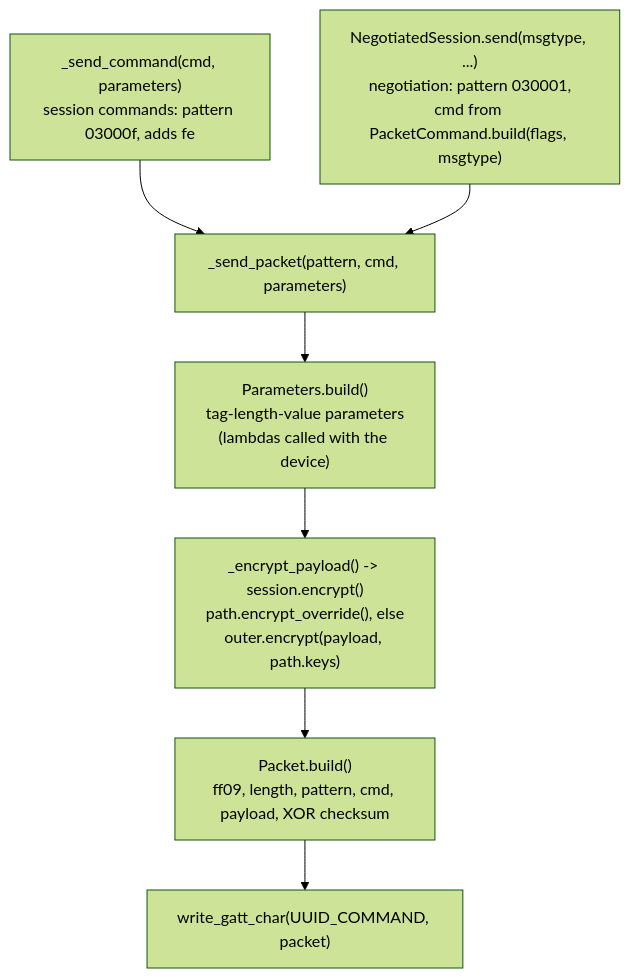
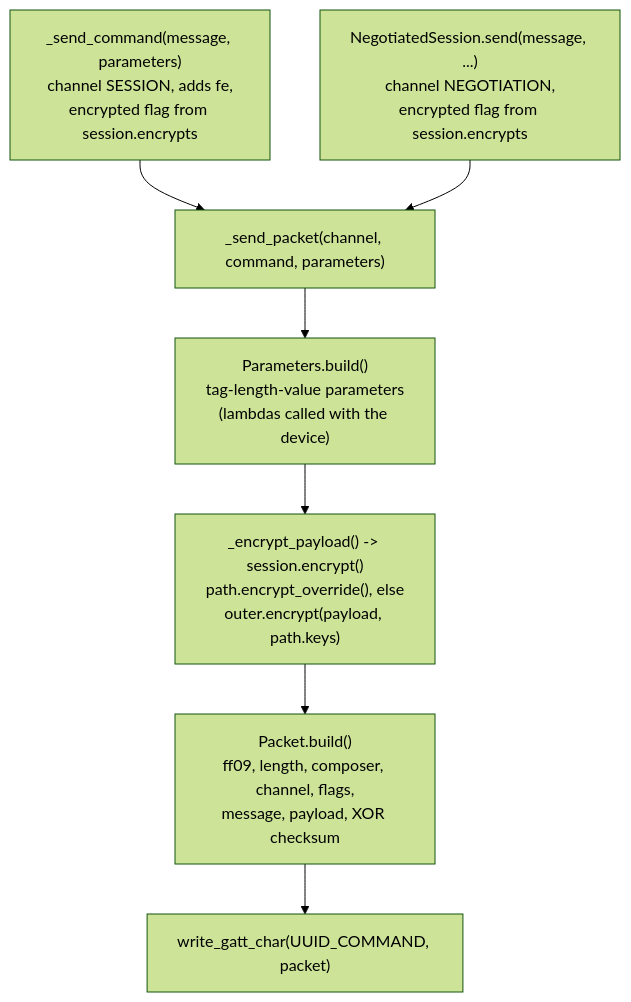
One commit to flip-dots/SolixBLE changed the ninth of 15 diagrams in docs/source/protocols.rst. Above: the diagram before and after it, drawn with Mermaid (forest theme). The commit also changed other lines of this file, not shown here.

First line of the commit message:
Update the protocols page for the packet fields and the paths

```diff
--- a/docs/source/protocols.rst
+++ b/docs/source/protocols.rst
@@ -445,12 +527,12 @@
 .. mermaid::
 
   flowchart TD
-      cmd["_send_command(cmd, parameters)<br/>session commands: pattern 03000f, adds fe"]
-      neg["NegotiatedSession.send(msgtype, ...)<br/>negotiation: pattern 030001,<br/>cmd from PacketCommand.build(flags, msgtype)"]
-      sp["_send_packet(pattern, cmd, parameters)"]
+      cmd["_send_command(message, parameters)<br/>channel SESSION, adds fe,<br/>encrypted flag from session.encrypts"]
+      neg["NegotiatedSession.send(message, ...)<br/>channel NEGOTIATION,<br/>encrypted flag from session.encrypts"]
+      sp["_send_packet(channel, command, parameters)"]
       cmd --> sp
       neg --> sp
       sp --> build["Parameters.build()<br/>tag-length-value parameters<br/>(lambdas called with the device)"]
       build --> enc["_encrypt_payload() -> session.encrypt()<br/>path.encrypt_override(), else<br/>outer.encrypt(payload, path.keys)"]
-      enc --> pkt["Packet.build()<br/>ff09, length, pattern, cmd, payload, XOR checksum"]
+      enc --> pkt["Packet.build()<br/>ff09, length, composer, channel, flags,<br/>message, payload, XOR checksum"]
       pkt --> write["write_gatt_char(UUID_COMMAND, packet)"]
```
